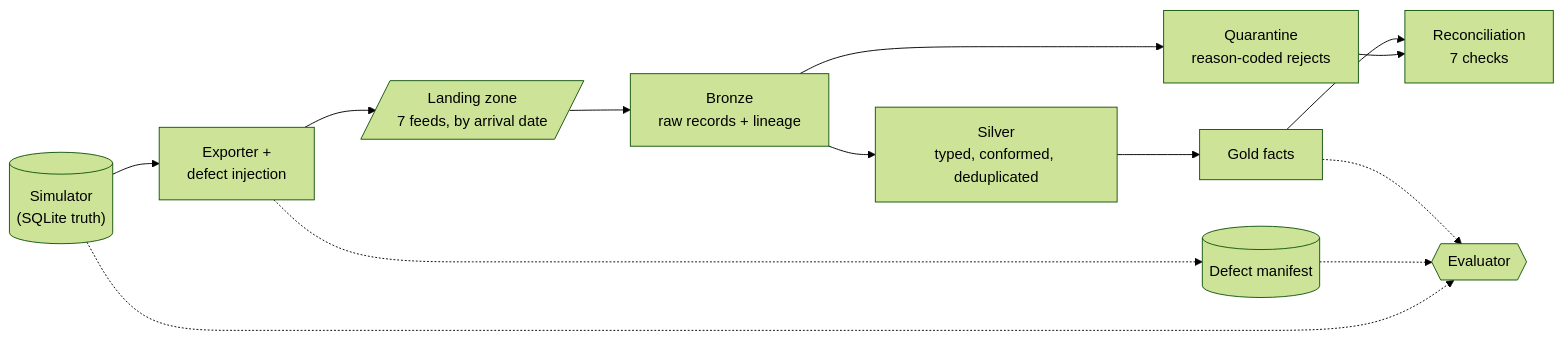
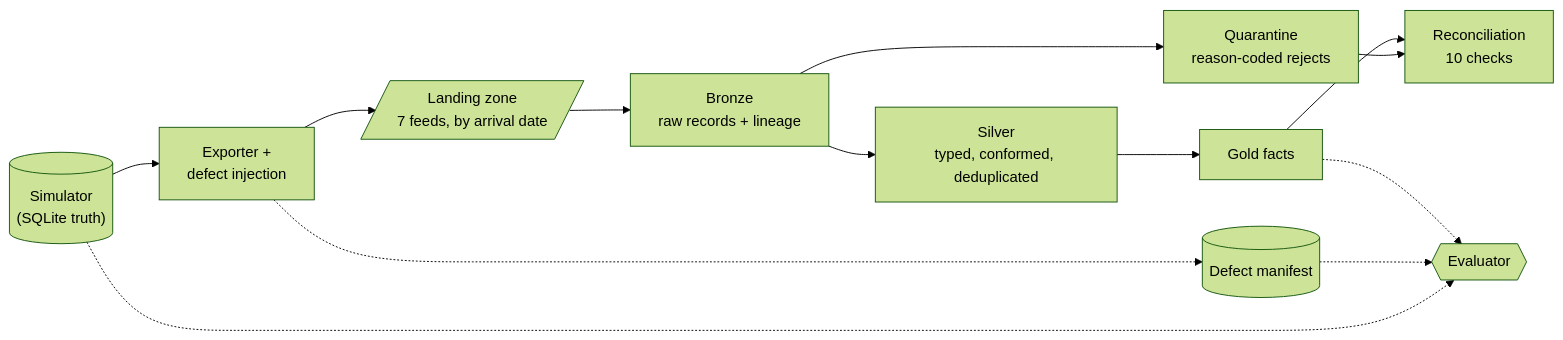
One commit to IanMc108/FactorySim changed the diagram in README.md. Above: the diagram before and after it, drawn with Mermaid (forest theme). The commit also changed other lines of this file and 28 other files, not shown here.

````diff
--- a/README.md
+++ b/README.md
@@ -15,15 +15,15 @@
 ```mermaid
 flowchart LR
     sim[("Simulator<br/>(SQLite truth)")] --> exp["Exporter +<br/>defect injection"]
     exp --> landing[/"Landing zone<br/>7 feeds, by arrival date"/]
     exp -.-> manifest[("Defect manifest")]
     landing --> bronze["Bronze<br/>raw records + lineage"]
     bronze --> silver["Silver<br/>typed, conformed, deduplicated"]
     bronze --> quarantine["Quarantine<br/>reason-coded rejects"]
     silver --> gold["Gold facts"]
-    gold --> recon["Reconciliation<br/>7 checks"]
+    gold --> recon["Reconciliation<br/>10 checks"]
     quarantine --> recon
     gold -.-> eval{{"Evaluator"}}
     manifest -.-> eval
     sim -.-> eval
 ```
````
